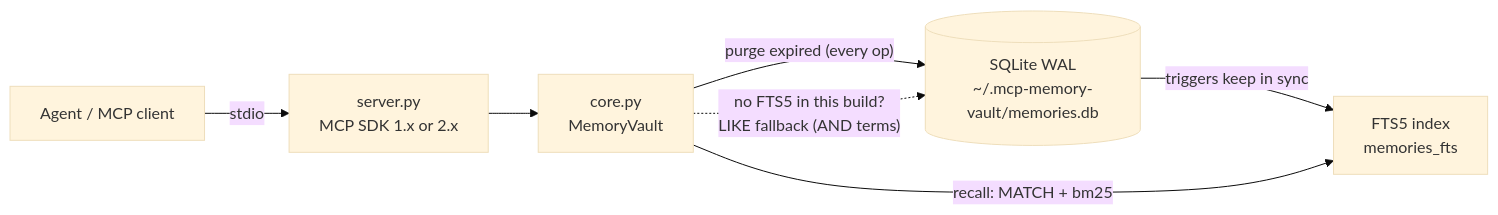
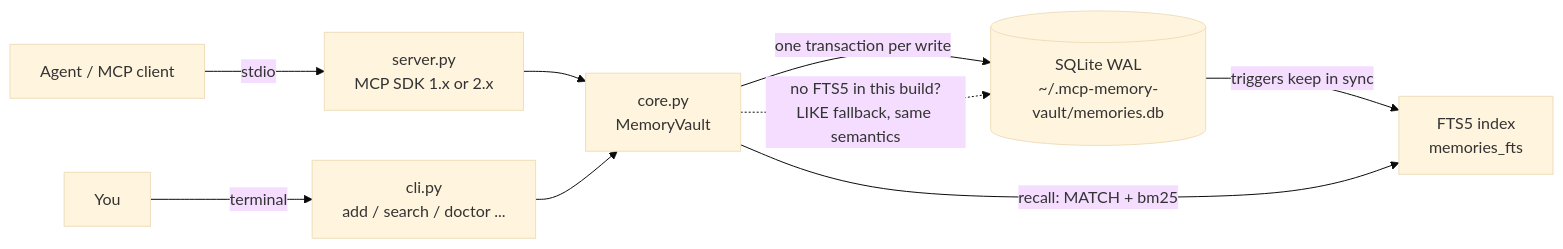
One commit to AleBrito124356/mcp-memory-vault changed the diagram in README.md. Above: the diagram before and after it, drawn with Mermaid (base theme). The commit also changed other lines of this file and 2 other files, not shown here.

````diff
--- a/README.md
+++ b/README.md
@@ -31,9 +55,11 @@
 ```mermaid
 flowchart LR
     A[Agent / MCP client] -- stdio --> S[server.py<br/>MCP SDK 1.x or 2.x]
+    H[You] -- terminal --> CLI[cli.py<br/>add / search / doctor ...]
     S --> C[core.py<br/>MemoryVault]
-    C -- "purge expired (every op)" --> DB[(SQLite WAL<br/>~/.mcp-memory-vault/memories.db)]
+    CLI --> C
+    C -- "one transaction per write" --> DB[(SQLite WAL<br/>~/.mcp-memory-vault/memories.db)]
     DB -- triggers keep in sync --> FTS[FTS5 index<br/>memories_fts]
     C -- "recall: MATCH + bm25" --> FTS
-    C -. "no FTS5 in this build?<br/>LIKE fallback (AND terms)" .-> DB
+    C -. "no FTS5 in this build?<br/>LIKE fallback, same semantics" .-> DB
 ```
````
